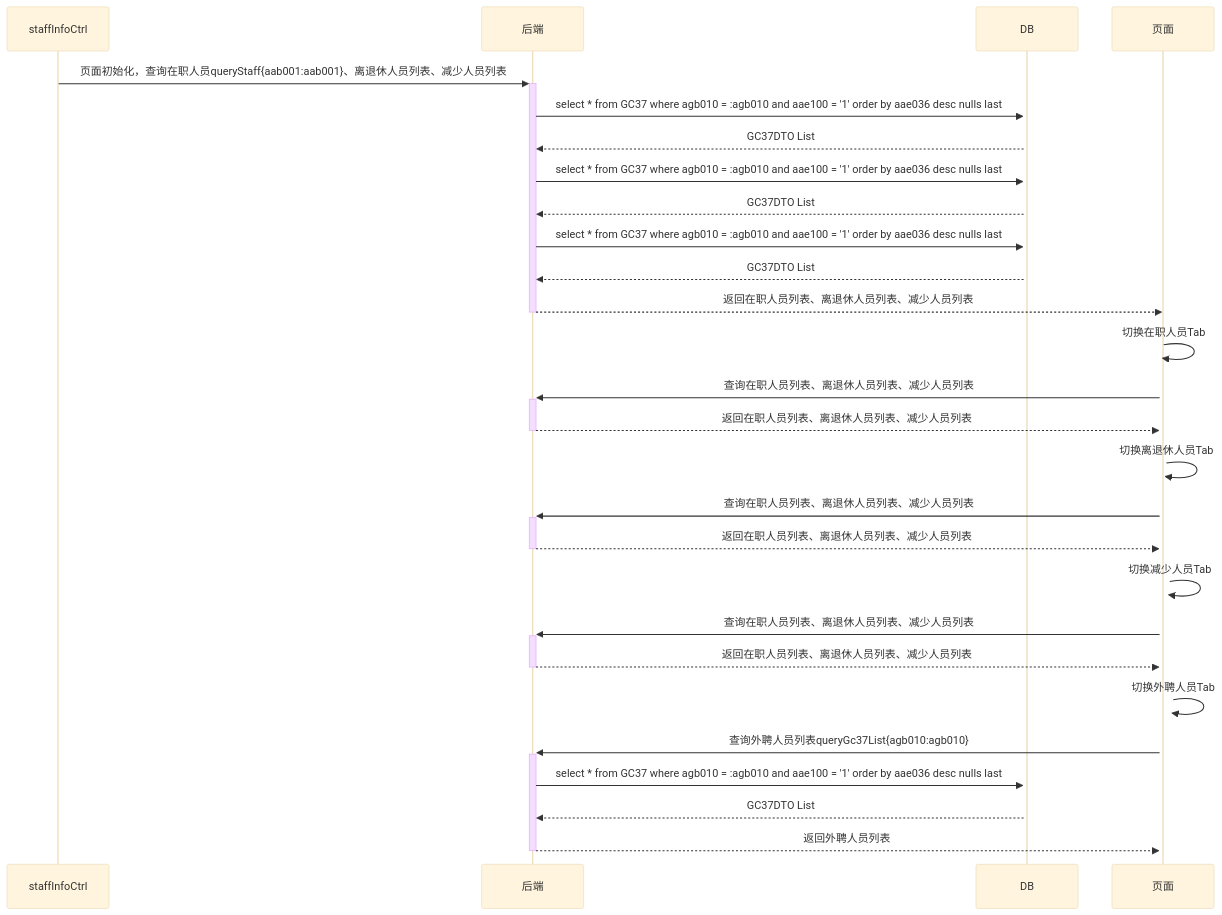
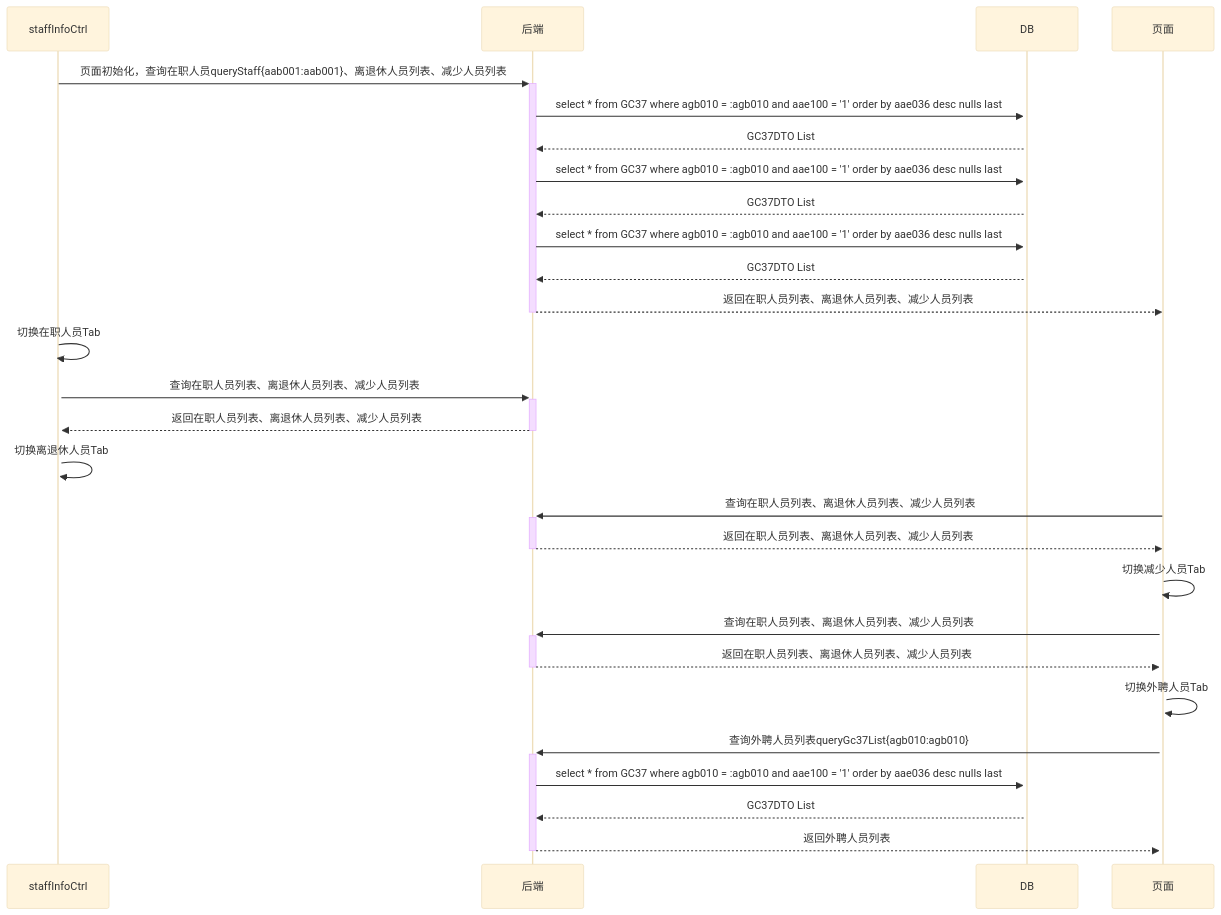
The diagram in all/人员基本信息初始化页面多Tab调用业务流程.md (ZhangJianBeiJing/iodraw-files), drawn with Mermaid (base theme) before and after one commit.

Commit message:
2025-03-25 10:38:14 update

````diff
--- a/all/人员基本信息初始化页面多Tab调用业务流程.md
+++ b/all/人员基本信息初始化页面多Tab调用业务流程.md
@@ -1,25 +1,25 @@
 ```mermaid
 sequenceDiagram
     staffInfoCtrl->>+后端: 页面初始化，查询在职人员queryStaff{aab001:aab001}、离退休人员列表、减少人员列表
     后端->>+DB:select * from GC37 where agb010 = :agb010 and aae100 = '1' order by aae036 desc nulls last
     DB-->>后端:GC37DTO List
     后端->>+DB:select * from GC37 where agb010 = :agb010 and aae100 = '1' order by aae036 desc nulls last
     DB-->>后端:GC37DTO List
     后端->>+DB:select * from GC37 where agb010 = :agb010 and aae100 = '1' order by aae036 desc nulls last
     DB-->>后端:GC37DTO List
     后端-->>-页面:返回在职人员列表、离退休人员列表、减少人员列表
-    页面->>+页面:切换在职人员Tab
-    页面->>+后端:查询在职人员列表、离退休人员列表、减少人员列表
-    后端-->>-页面:返回在职人员列表、离退休人员列表、减少人员列表
-    页面->>+页面:切换离退休人员Tab
+    staffInfoCtrl->>+staffInfoCtrl:切换在职人员Tab
+    staffInfoCtrl->>+后端:查询在职人员列表、离退休人员列表、减少人员列表
+    后端-->>-staffInfoCtrl:返回在职人员列表、离退休人员列表、减少人员列表
+    staffInfoCtrl->>+staffInfoCtrl:切换离退休人员Tab
     页面->>+后端:查询在职人员列表、离退休人员列表、减少人员列表
     后端-->>-页面:返回在职人员列表、离退休人员列表、减少人员列表
     页面->>+页面:切换减少人员Tab
     页面->>+后端:查询在职人员列表、离退休人员列表、减少人员列表
     后端-->>-页面:返回在职人员列表、离退休人员列表、减少人员列表
     页面->>+页面:切换外聘人员Tab
     页面->>+后端:查询外聘人员列表queryGc37List{agb010:agb010}
     后端->>+DB:select * from GC37 where agb010 = :agb010 and aae100 = '1' order by aae036 desc nulls last
     DB-->>后端:GC37DTO List 
     后端-->>-页面:返回外聘人员列表
 ```
````
